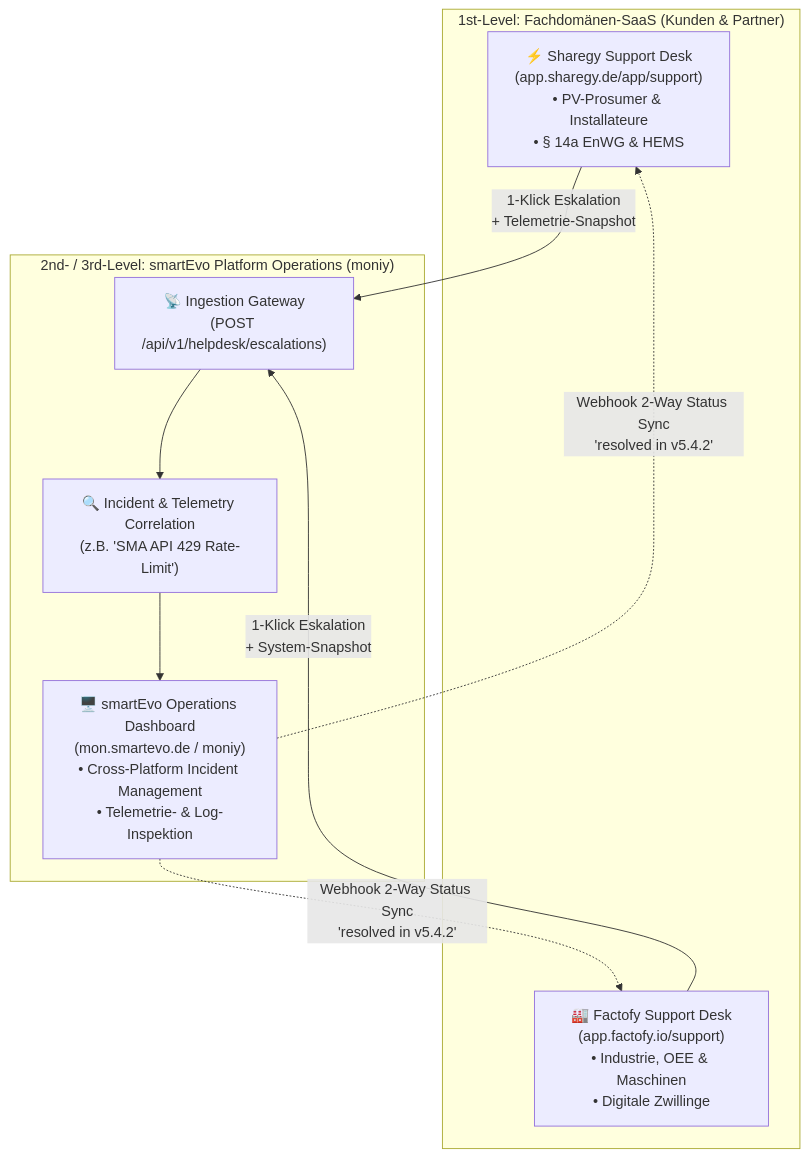
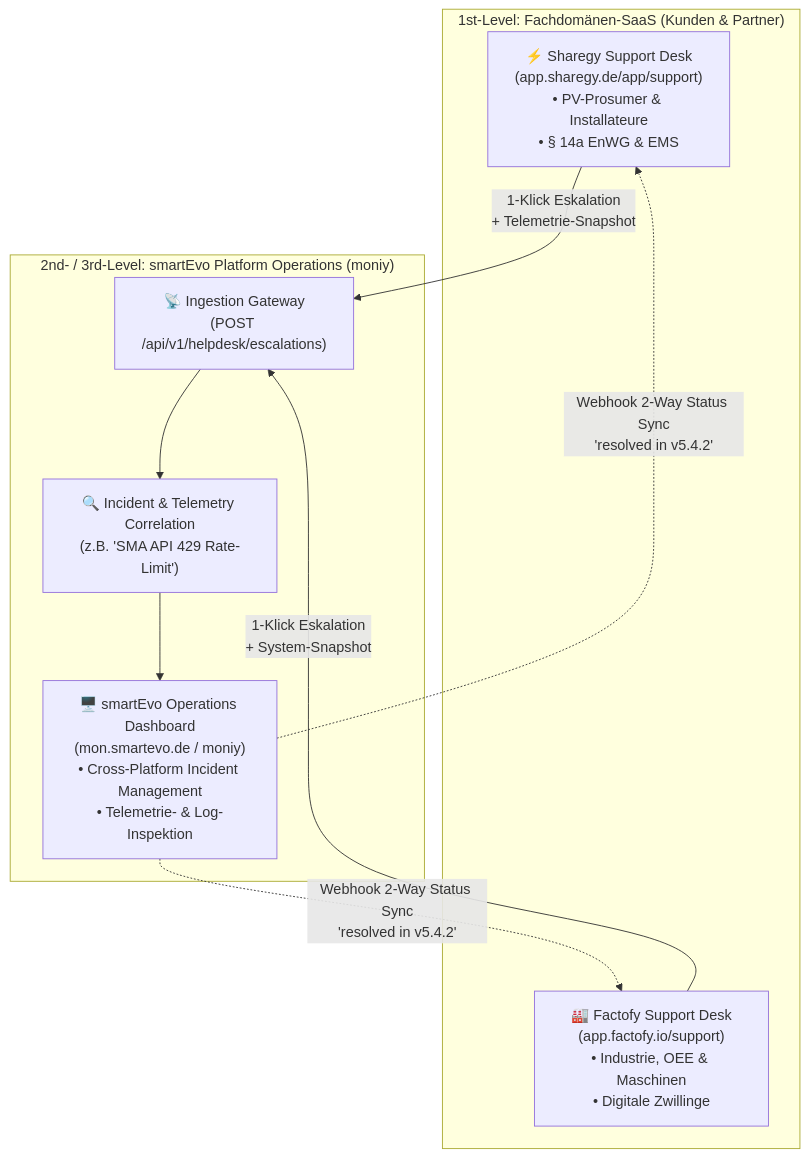
One commit to smartcuc/homeassistant-sharegy changed the diagram in docs/architecture/UNIFIED_CROSS_PLATFORM_HELPDESK_AND_ESCALATION_ARCHITECTURE.md. Above: the diagram before and after it, drawn with Mermaid. The commit also changed 2 other files, not shown here.

Commit message:
docs(helpdesk): update architecture and executive status reports with decoupled 3-tier helpdesk and moniy operations integration

````diff
--- a/docs/architecture/UNIFIED_CROSS_PLATFORM_HELPDESK_AND_ESCALATION_ARCHITECTURE.md
+++ b/docs/architecture/UNIFIED_CROSS_PLATFORM_HELPDESK_AND_ESCALATION_ARCHITECTURE.md
@@ -22,22 +22,22 @@
 ```mermaid
 flowchart TB
     subgraph Level1 ["1st-Level: Fachdomänen-SaaS (Kunden & Partner)"]
-        SharegyDesk["⚡ Sharegy Support Desk\n(app.sharegy.de/app/support)\n• PV-Prosumer & Installateure\n• § 14a EnWG & HEMS"]
+        SharegyDesk["⚡ Sharegy Support Desk\n(app.sharegy.de/app/support)\n• PV-Prosumer & Installateure\n• § 14a EnWG & EMS"]
         FactofyDesk["🏭 Factofy Support Desk\n(app.factofy.io/support)\n• Industrie, OEE & Maschinen\n• Digitale Zwillinge"]
     end
 
     subgraph Level2 ["2nd- / 3rd-Level: smartEvo Platform Operations (moniy)"]
         EscalationAPI["📡 Ingestion Gateway\n(POST /api/v1/helpdesk/escalations)"]
         CorrelationEngine["🔍 Incident & Telemetry Correlation\n(z.B. 'SMA API 429 Rate-Limit')"]
         OpsDashboard["🖥️ smartEvo Operations Dashboard\n(mon.smartevo.de / moniy)\n• Cross-Platform Incident Management\n• Telemetrie- & Log-Inspektion"]
     end
 
     SharegyDesk -->|1-Klick Eskalation\n+ Telemetrie-Snapshot| EscalationAPI
     FactofyDesk -->|1-Klick Eskalation\n+ System-Snapshot| EscalationAPI
 
     EscalationAPI --> CorrelationEngine
     CorrelationEngine --> OpsDashboard
 
     OpsDashboard -.->|Webhook 2-Way Status Sync\n'resolved in v5.4.2'| SharegyDesk
     OpsDashboard -.->|Webhook 2-Way Status Sync\n'resolved in v5.4.2'| FactofyDesk
 ```
````
